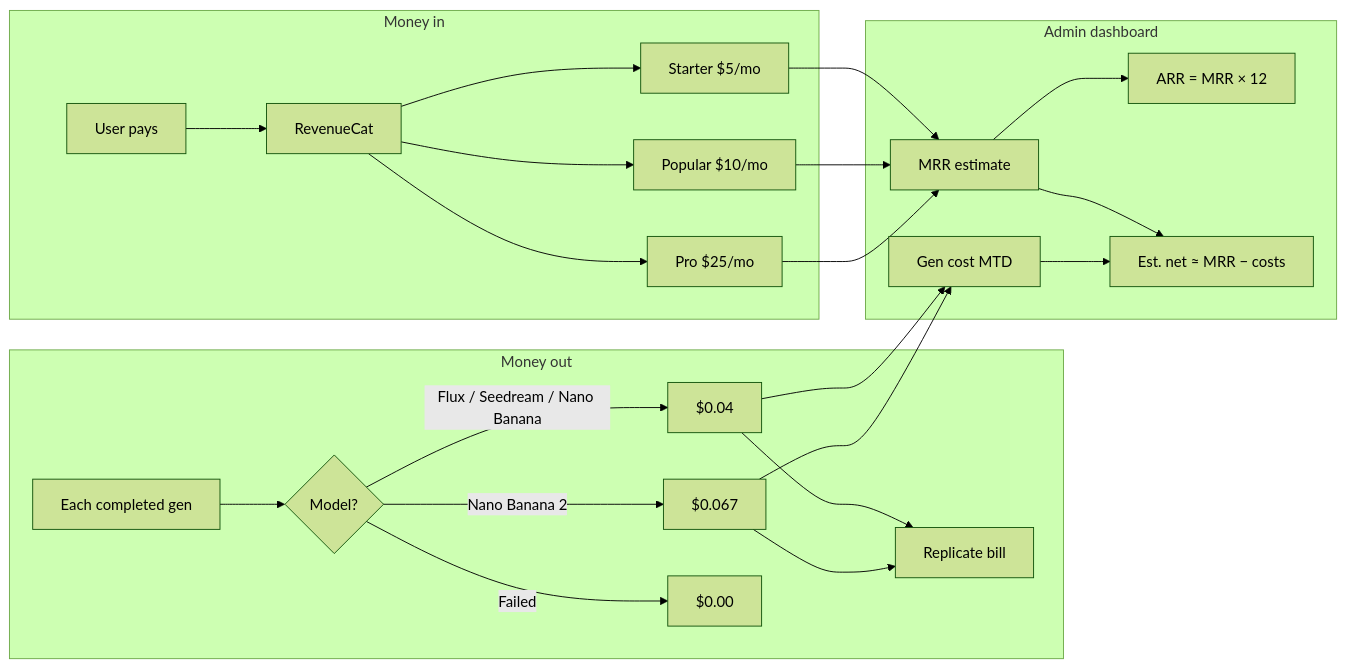
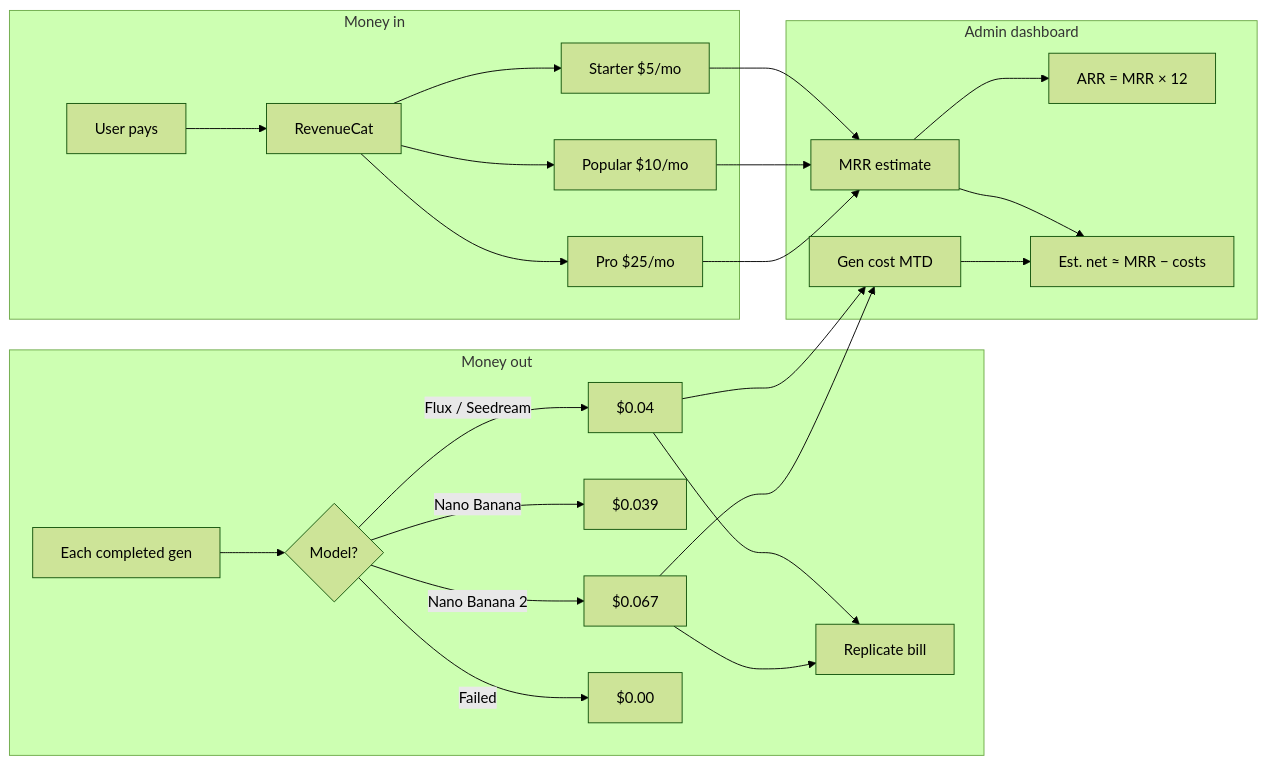
One commit to evansmutinda/funnyfy changed the fourth of 6 diagrams in MD/FUNNYFY_FLOW.md. Above: the diagram before and after it, drawn with Mermaid (forest theme). The commit also changed 29 other files, not shown here.

````diff
--- a/MD/FUNNYFY_FLOW.md
+++ b/MD/FUNNYFY_FLOW.md
@@ -163,29 +163,30 @@
 ```mermaid
 flowchart LR
   subgraph In["Money in"]
     U[User pays] --> RC[RevenueCat]
     RC --> T5[Starter $5/mo]
     RC --> T10[Popular $10/mo]
     RC --> T25[Pro $25/mo]
   end
 
   subgraph Out["Money out"]
     J[Each completed gen] --> M{Model?}
-    M -->|Flux / Seedream / Nano Banana| C04[$0.04]
+    M -->|Flux / Seedream| C04[$0.04]
+    M -->|Nano Banana| C039[$0.039]
     M -->|Nano Banana 2| C067[$0.067]
     M -->|Failed| C0[$0.00]
     C04 --> REP[Replicate bill]
     C067 --> REP
   end
 
   subgraph AdminMath["Admin dashboard"]
     T5 --> MRR[MRR estimate]
     T10 --> MRR
     T25 --> MRR
     MRR --> ARR[ARR = MRR × 12]
     C04 --> COST[Gen cost MTD]
     C067 --> COST
     MRR --> NET[Est. net ≈ MRR − costs]
     COST --> NET
   end
 ```
````
